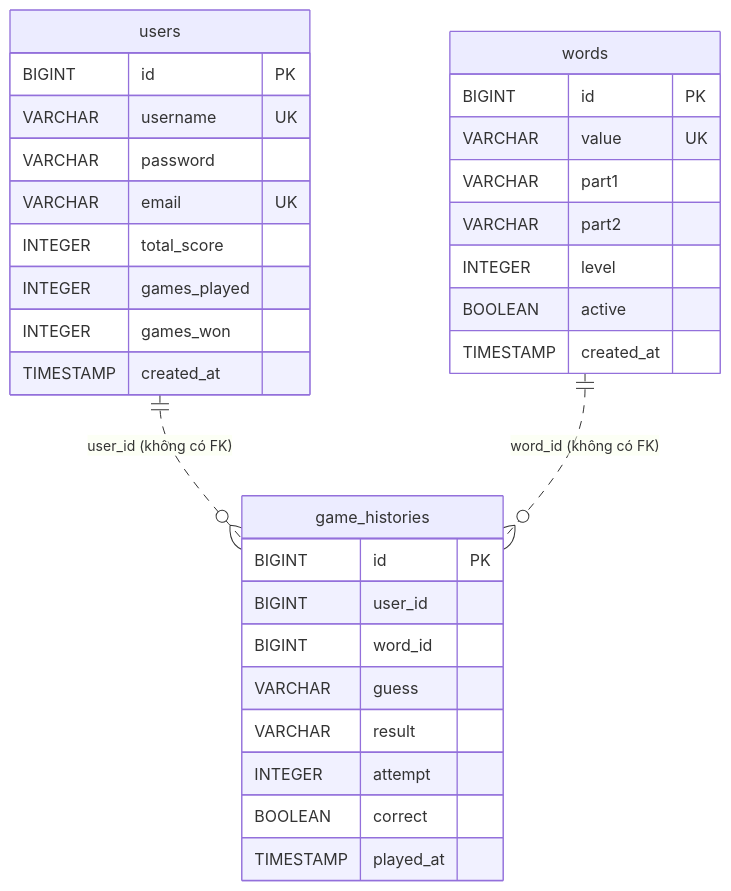
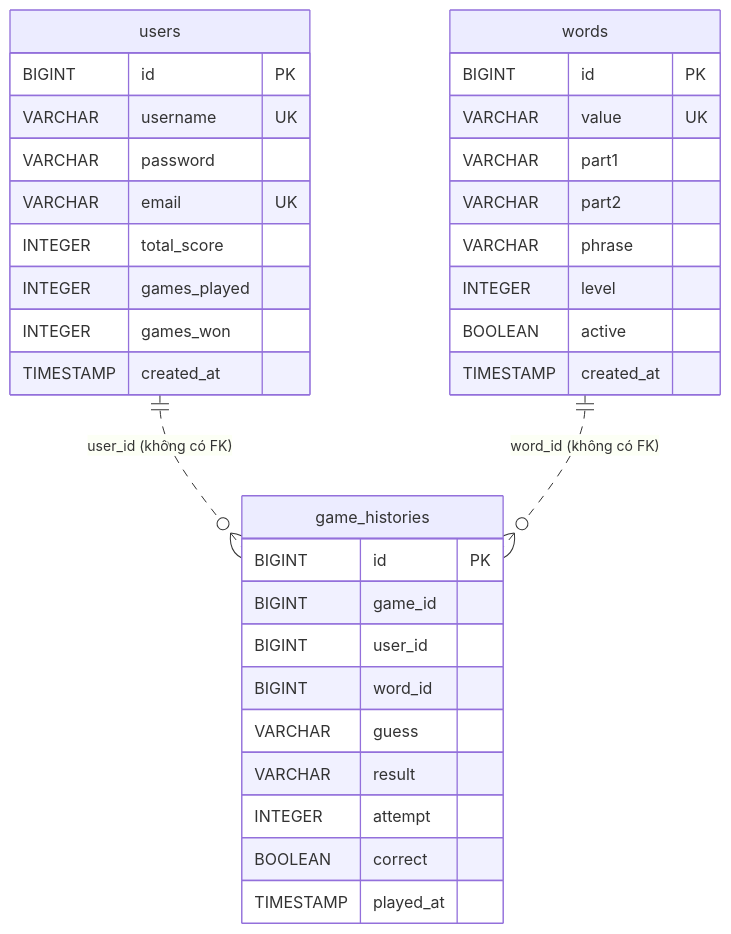
Before and after one commit to buingocdu/Doan-Chu: the diagram in docs/database/database-design.md, drawn with Mermaid. The commit also changed other lines of this file and 152 other files, not shown here.

````diff
--- a/docs/database/database-design.md
+++ b/docs/database/database-design.md
@@ -21,34 +21,36 @@
 ```mermaid
 erDiagram
     users ||..o{ game_histories : "user_id (không có FK)"
     words ||..o{ game_histories : "word_id (không có FK)"
     users {
         BIGINT id PK
         VARCHAR username UK
         VARCHAR password
         VARCHAR email UK
         INTEGER total_score
         INTEGER games_played
         INTEGER games_won
         TIMESTAMP created_at
     }
     words {
         BIGINT id PK
         VARCHAR value UK
         VARCHAR part1
         VARCHAR part2
+        VARCHAR phrase
         INTEGER level
         BOOLEAN active
         TIMESTAMP created_at
     }
     game_histories {
         BIGINT id PK
+        BIGINT game_id
         BIGINT user_id
         BIGINT word_id
         VARCHAR guess
         VARCHAR result
         INTEGER attempt
         BOOLEAN correct
         TIMESTAMP played_at
     }
 ```
````
